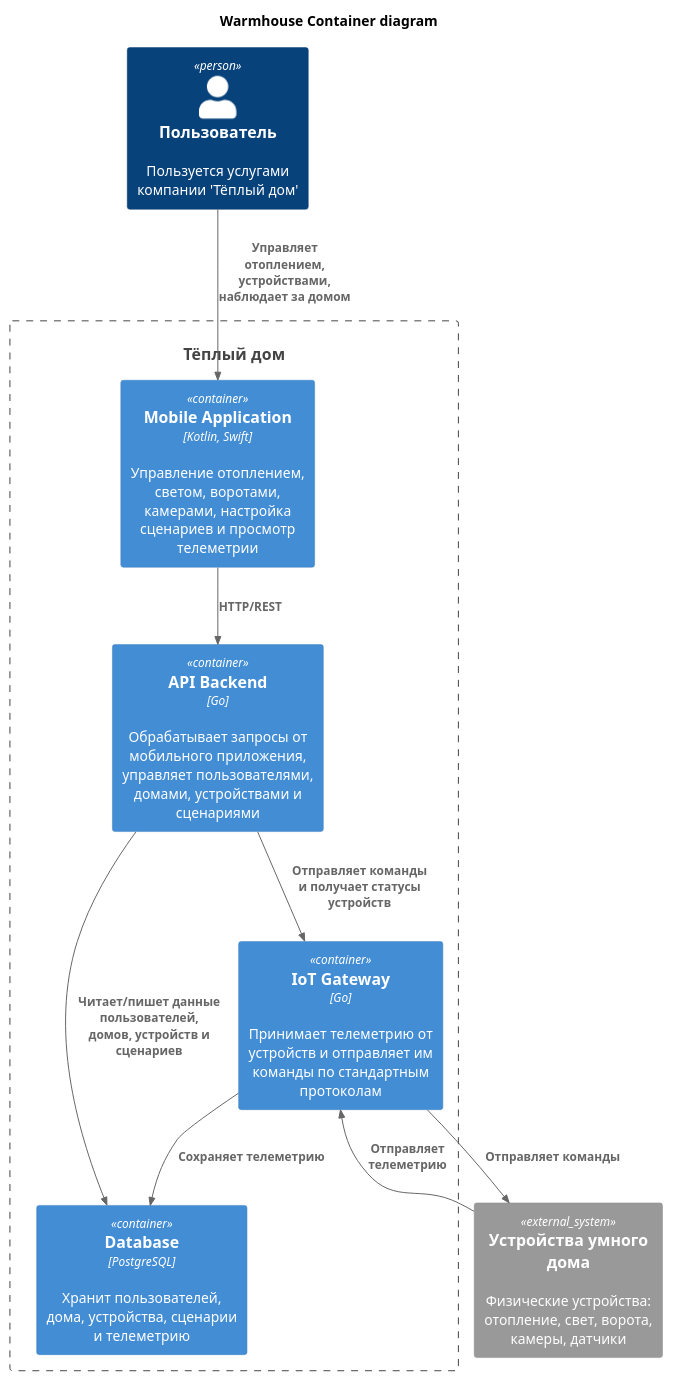
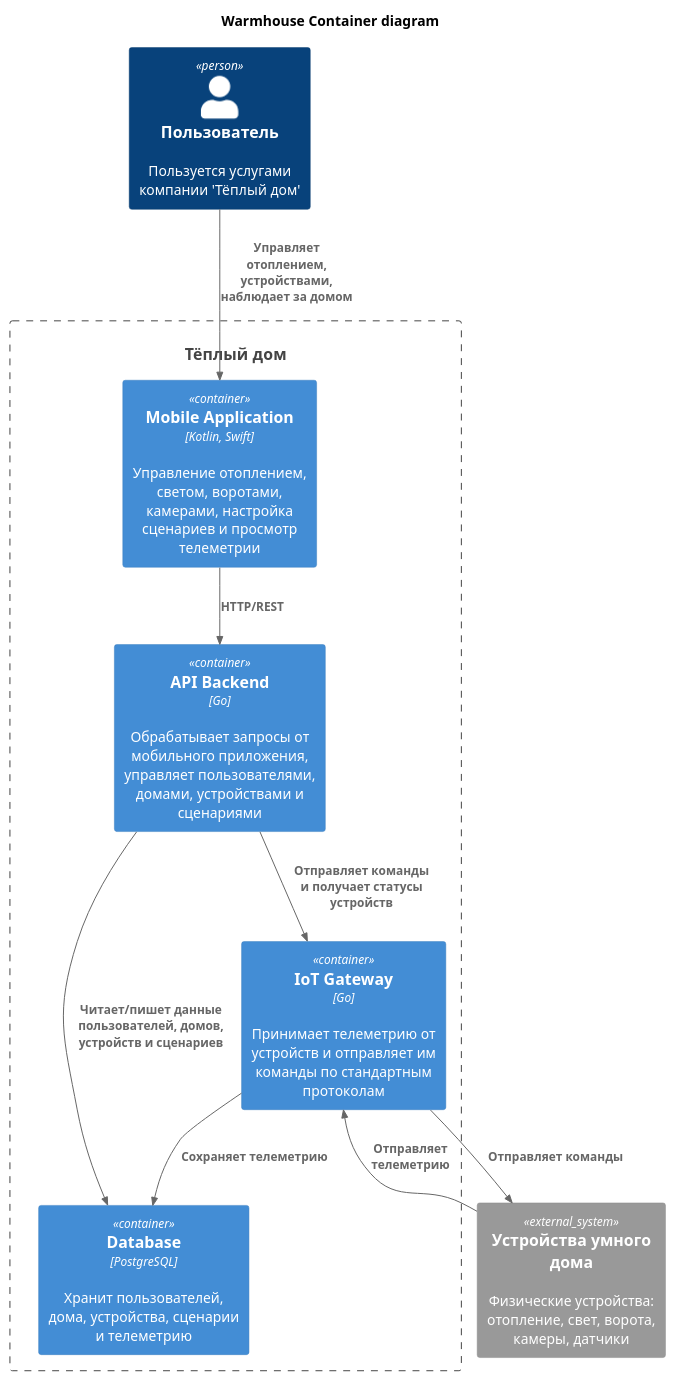
One commit to Savonaro1a/architecture-warmhouse changed the diagram in diagrams/container/Warmhouse_Container.puml. Above: the diagram before and after it, drawn with PlantUML. The commit also changed 5 other files, not shown here.

```diff
--- a/diagrams/container/Warmhouse_Container.puml
+++ b/diagrams/container/Warmhouse_Container.puml
@@ -1,26 +1,26 @@
 @startuml 
 title Warmhouse Container diagram
 
 top to bottom direction
 !include diagrams/container/C4_Container.puml
 
 Person(user, "Пользователь", "Пользуется услугами компании 'Тёплый дом'")
 System(WarmhouseSystem, "Тёплый дом")
 
 Container_Boundary(WarmhouseSystem, "Warmhouse System") {
   Container(MobileApp, "Mobile Application", "Kotlin, Swift","Управление отоплением, светом, воротами, камерами, настройка сценариев и просмотр телеметрии")
   Container(ApiBack, "API Backend", "Go", "Обрабатывает запросы от мобильного приложения, управляет пользователями, домами, устройствами и сценариями")
   Container(IoTGateway, "IoT Gateway", "Go", "Принимает телеметрию от устройств и отправляет им команды по стандартным протоколам")
   Container(Database, "Database", "PostgreSQL", "Хранит пользователей, дома, устройства, сценарии и телеметрию")
 }
 
 System_Ext(devices, "Устройства умного дома", "Физические устройства: отопление, свет, ворота, камеры, датчики")
 
 Rel(user, MobileApp, "Управляет отоплением, устройствами, наблюдает за домом")
 Rel(MobileApp, ApiBack, "HTTP/REST")
 Rel(ApiBack, IoTGateway, "Отправляет команды\nи получает статусы устройств")
-Rel(ApiBack, Database, "Читает/пишет данные пользователей,\nдомов, устройств и сценариев")
+Rel(ApiBack, Database, "Читает/пишет данные пользователей, домов, устройств и сценариев")
 Rel(IoTGateway, devices, "Отправляет команды")
 Rel(devices, IoTGateway, "Отправляет телеметрию")
 Rel(IoTGateway, Database, "Сохраняет телеметрию")
 @enduml
```
